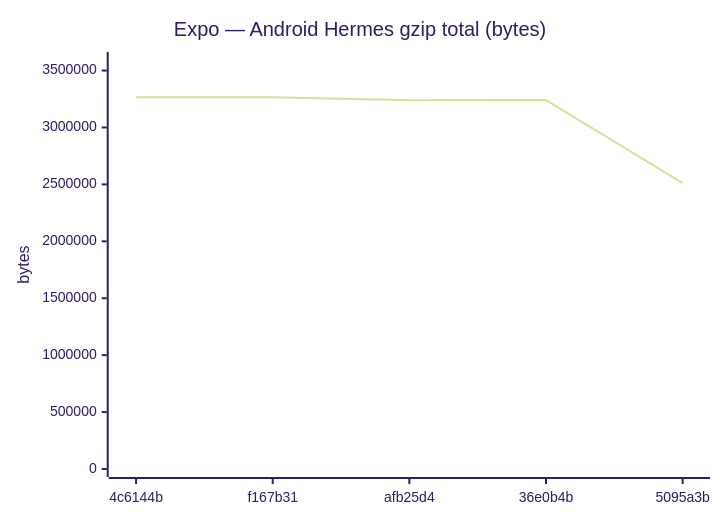
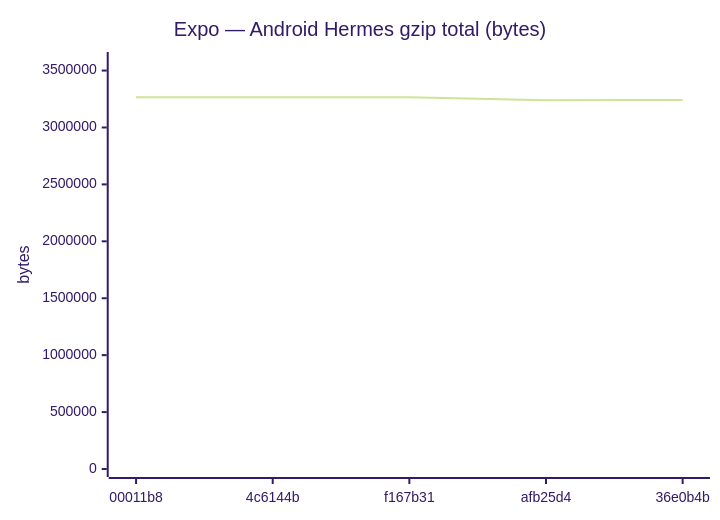
Diagram 11 of 18 in benchmarks/compare.md (Metaheurist/Rianell), drawn with Mermaid (forest theme) before and after one commit. The commit also changed other lines of this file and 11 other files, not shown here.

````diff
--- a/benchmarks/compare.md
+++ b/benchmarks/compare.md
@@ -172,7 +172,7 @@
 ```mermaid
 xychart-beta
     title "Expo — Android Hermes gzip total (bytes)"
-    x-axis ["4c6144b", "f167b31", "afb25d4", "36e0b4b", "5095a3b"]
-    y-axis "bytes" 0 --> 3592703
-    line [3266092, 3266093, 3239886, 3240548, 2511667]
+    x-axis ["00011b8", "4c6144b", "f167b31", "afb25d4", "36e0b4b"]
+    y-axis "bytes" 0 --> 3592704
+    line [3266094, 3266092, 3266093, 3239886, 3240548]
 ```
````
